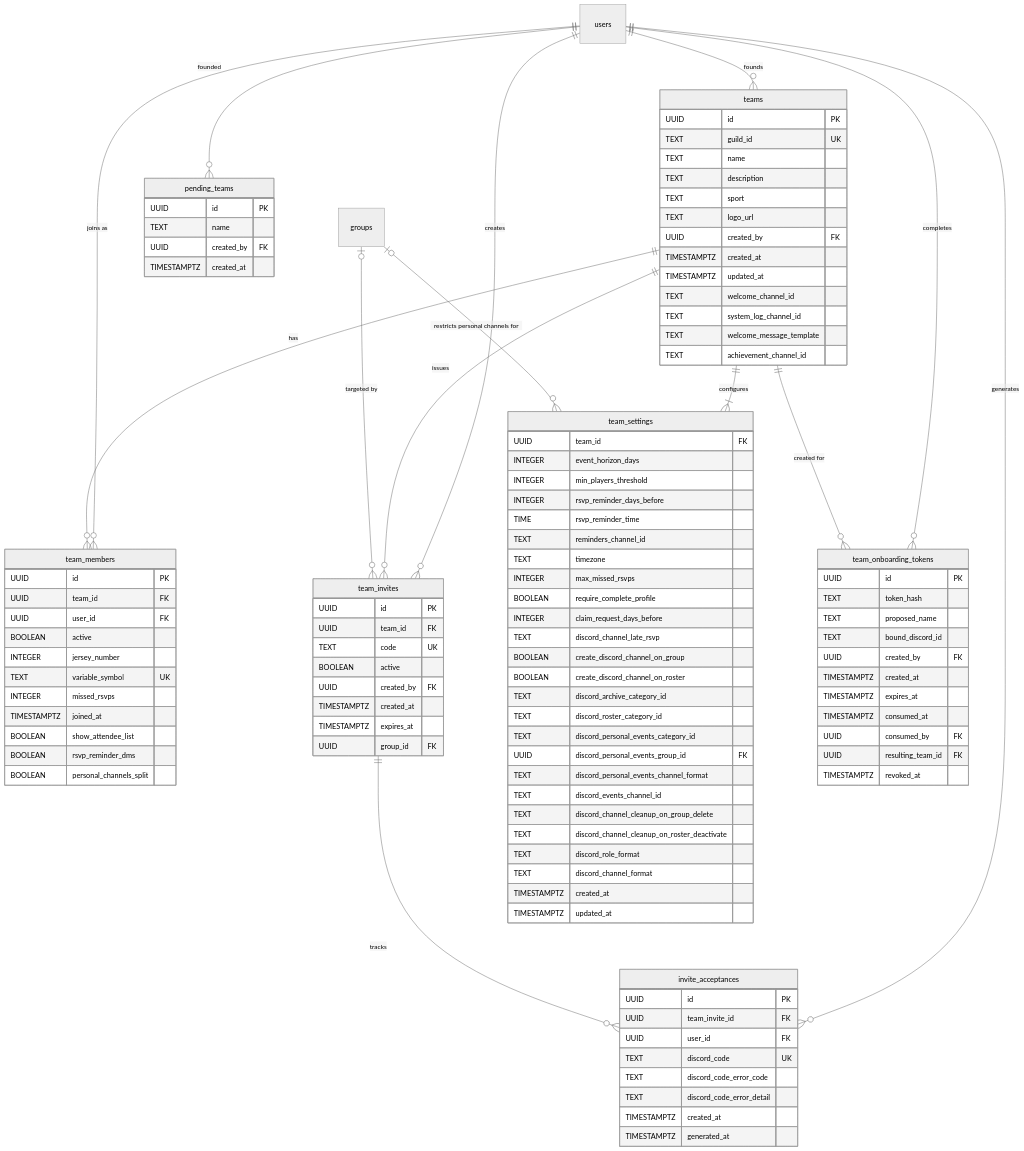
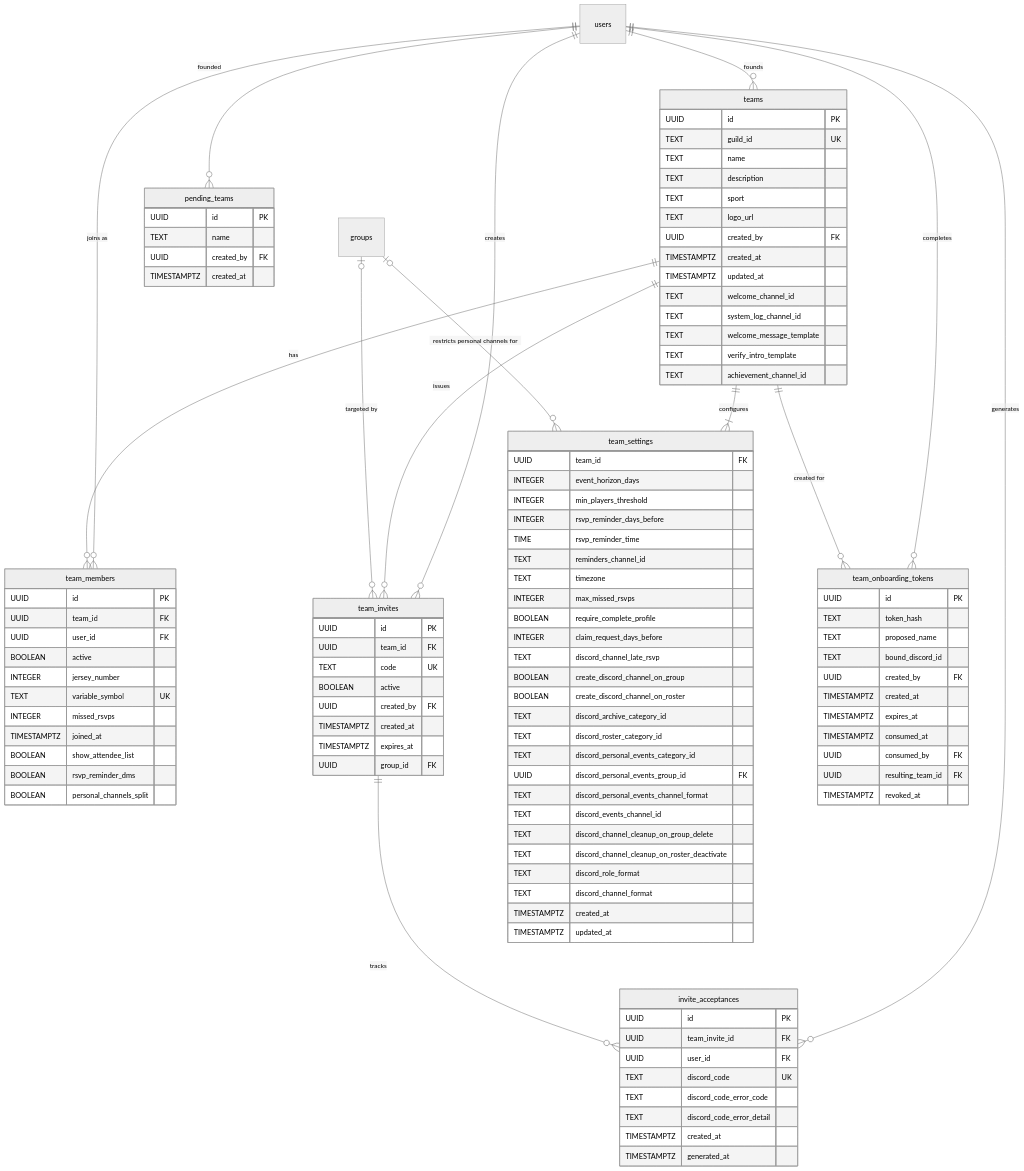
Before and after one commit to sideline-cz/sideline: the third of 23 diagrams in docs/thesis/er-diagram.md, drawn with Mermaid (neutral theme). The commit also changed 38 other files, not shown here.

```diff
--- a/docs/thesis/er-diagram.md
+++ b/docs/thesis/er-diagram.md
@@ -250,6 +250,7 @@
         TEXT welcome_channel_id
         TEXT system_log_channel_id
         TEXT welcome_message_template
+        TEXT verify_intro_template
         TEXT achievement_channel_id
     }
 
```
